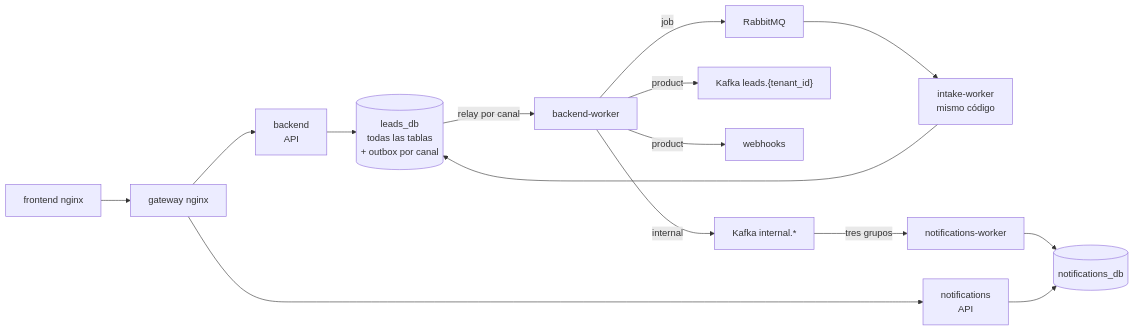
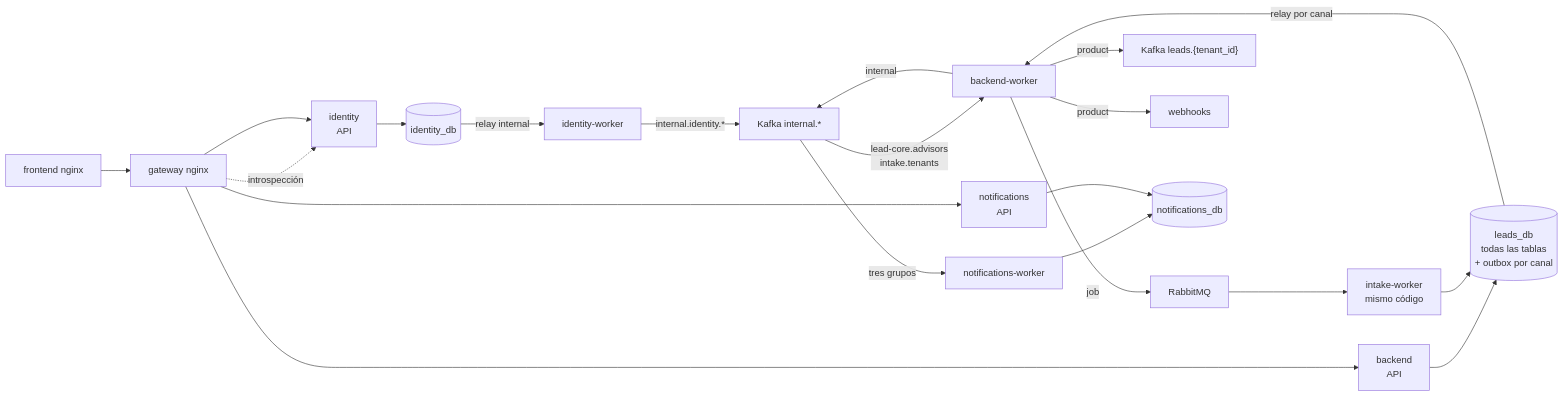
The diagram in docs/content/microservices/01-punto-de-partida.md (MDCIrony/leads-hexa), drawn with Mermaid before and after one commit. The commit also changed other lines of this file and 31 other files, not shown here.

````diff
--- a/docs/content/microservices/01-punto-de-partida.md
+++ b/docs/content/microservices/01-punto-de-partida.md
@@ -25,17 +27,23 @@
 ```mermaid
 flowchart LR
     FE["frontend nginx"] --> GW["gateway nginx"]
+    GW -.->|"introspección"| IDS["identity<br/>API"]
+    GW --> IDS
+    IDS --> IDB[("identity_db")]
+    IDB -->|"relay internal"| IDW["identity-worker"]
+    IDW -->|"internal.identity.*"| KI
     GW --> API["backend<br/>API"]
     API --> DB[("leads_db<br/>todas las tablas<br/>+ outbox por canal")]
     DB -->|"relay por canal"| BW["backend-worker"]
     BW -->|"job"| R["RabbitMQ"]
     R --> W["intake-worker<br/>mismo código"]
     W --> DB
     BW -->|"product"| K["Kafka leads.{tenant_id}"]
     BW -->|"product"| WH["webhooks"]
     BW -->|"internal"| KI["Kafka internal.*"]
     KI -->|"tres grupos"| NW["notifications-worker"]
+    KI -->|"lead-core.advisors<br/>intake.tenants"| BW
     NW --> NDB[("notifications_db")]
     GW --> NS["notifications<br/>API"]
     NS --> NDB
 ```
````
